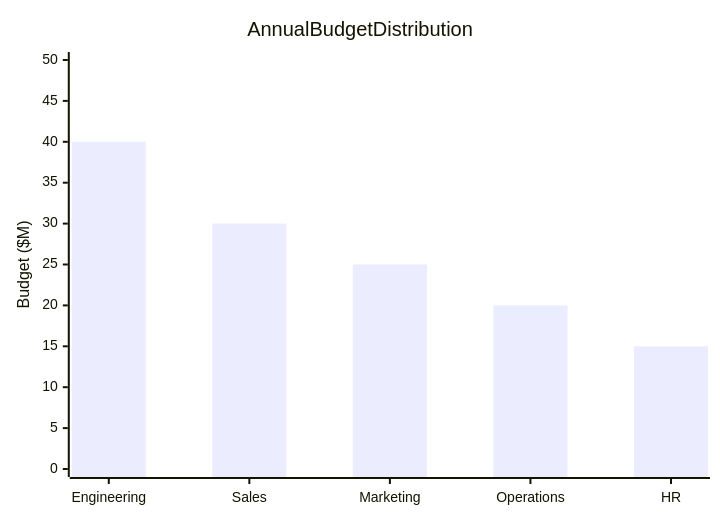
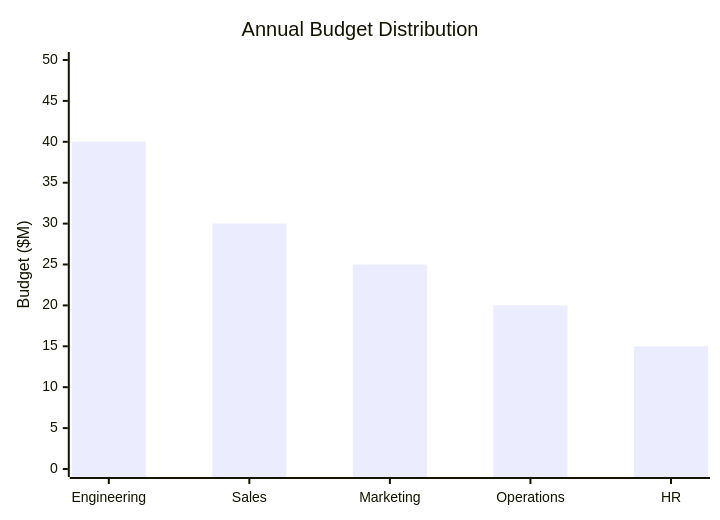
One commit to BitYoungjae/marketplace changed diagram 16 of 23 in plugins/obsidian-blocks/skills/mermaid-diagramming/xychart.md. Above: the diagram before and after it, drawn with Mermaid. The commit also changed other lines of this file and 14 other files, not shown here.

First line of the commit message:
feat(obsidian-blocks): add Session 3 Mermaid diagrams

````diff
--- a/plugins/obsidian-blocks/skills/mermaid-diagramming/xychart.md
+++ b/plugins/obsidian-blocks/skills/mermaid-diagramming/xychart.md
@@ -208,7 +212,7 @@
 ```mermaid
 xychart-beta
-    title Annual Budget Distribution
+    title "Annual Budget Distribution"
     x-axis [Engineering, Sales, Marketing, Operations, HR]
     y-axis "Budget ($M)" 0 --> 50
     bar [40, 30, 25, 20, 15]
 ```
````
